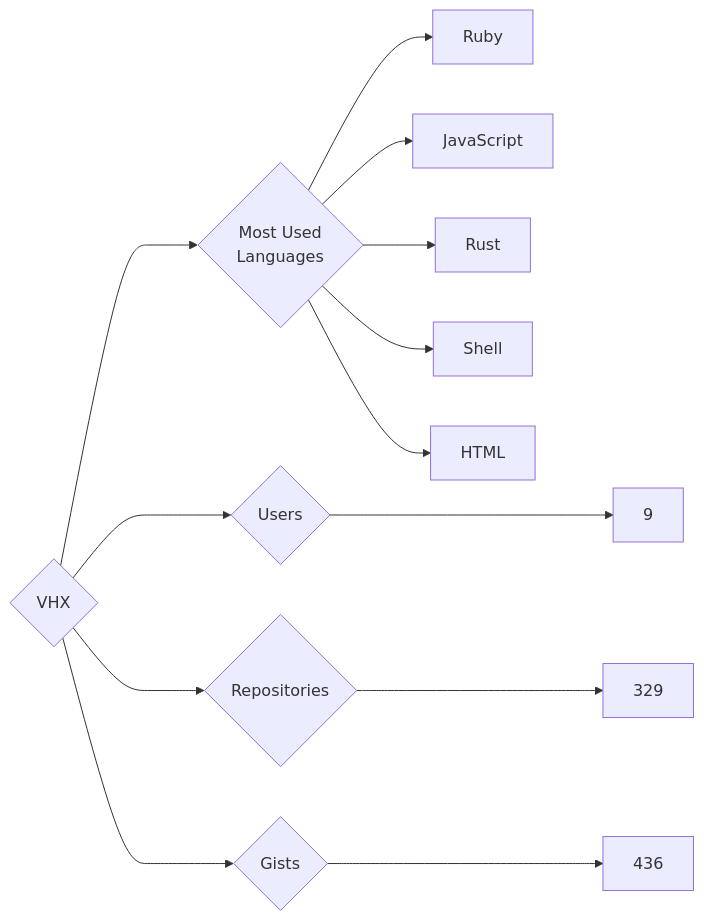
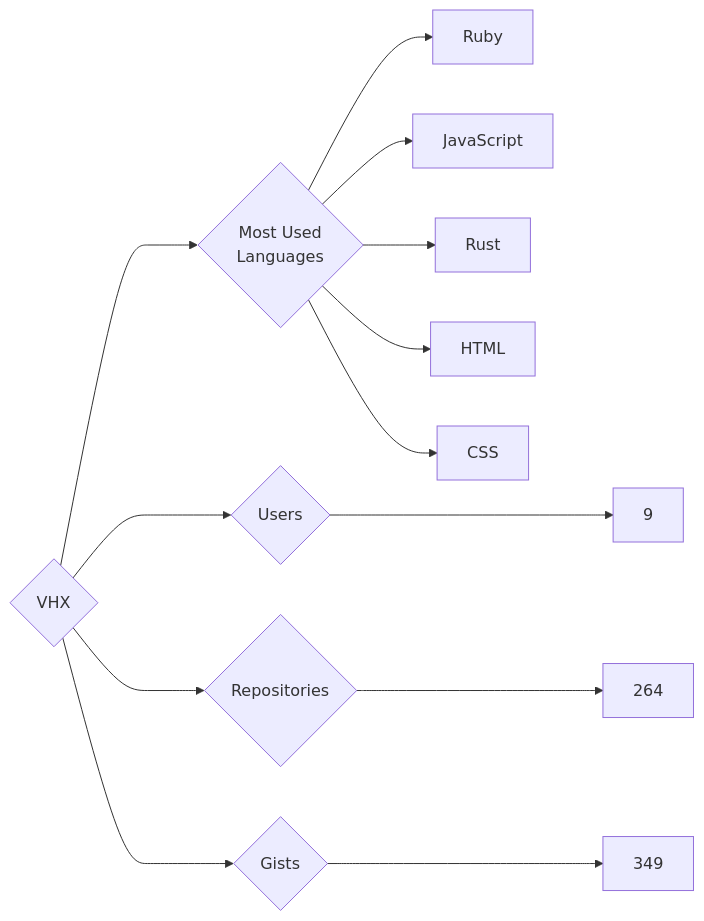
The diagram in targets/VHX/README.md (trickest/insiders), drawn with Mermaid before and after one commit. The commit also changed 814 other files, not shown here.

````diff
--- a/targets/VHX/README.md
+++ b/targets/VHX/README.md
@@ -3,13 +3,13 @@
 ```mermaid
 graph LR
 COMPANY_NAME{VHX}
 COMPANY_NAME ---> U{Users} ---> UN[9]
-COMPANY_NAME ---> R{Repositories} ---> RN[329]
-COMPANY_NAME ---> G{Gists} ---> GN[436]
+COMPANY_NAME ---> R{Repositories} ---> RN[264]
+COMPANY_NAME ---> G{Gists} ---> GN[349]
 COMPANY_NAME ---> ML{Most Used<br>Languages}
 ML --> Ruby[Ruby]
 ML --> JavaScript[JavaScript]
 ML --> Rust[Rust]
-ML --> Shell[Shell]
 ML --> HTML[HTML]
+ML --> CSS[CSS]
 ```
````
